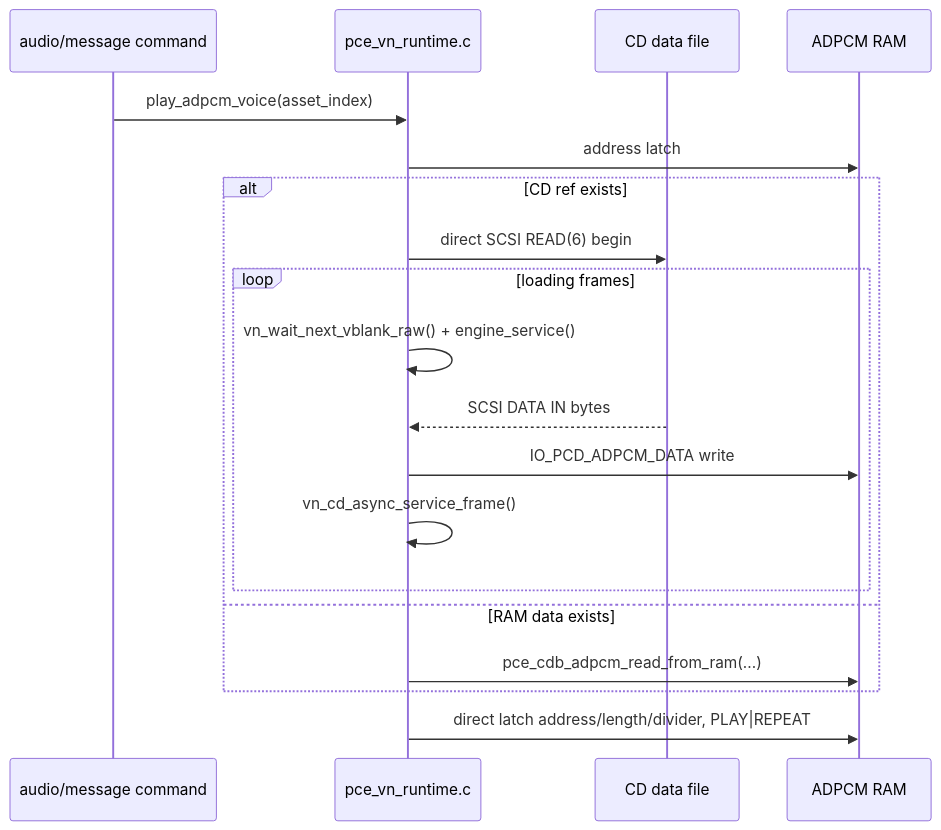
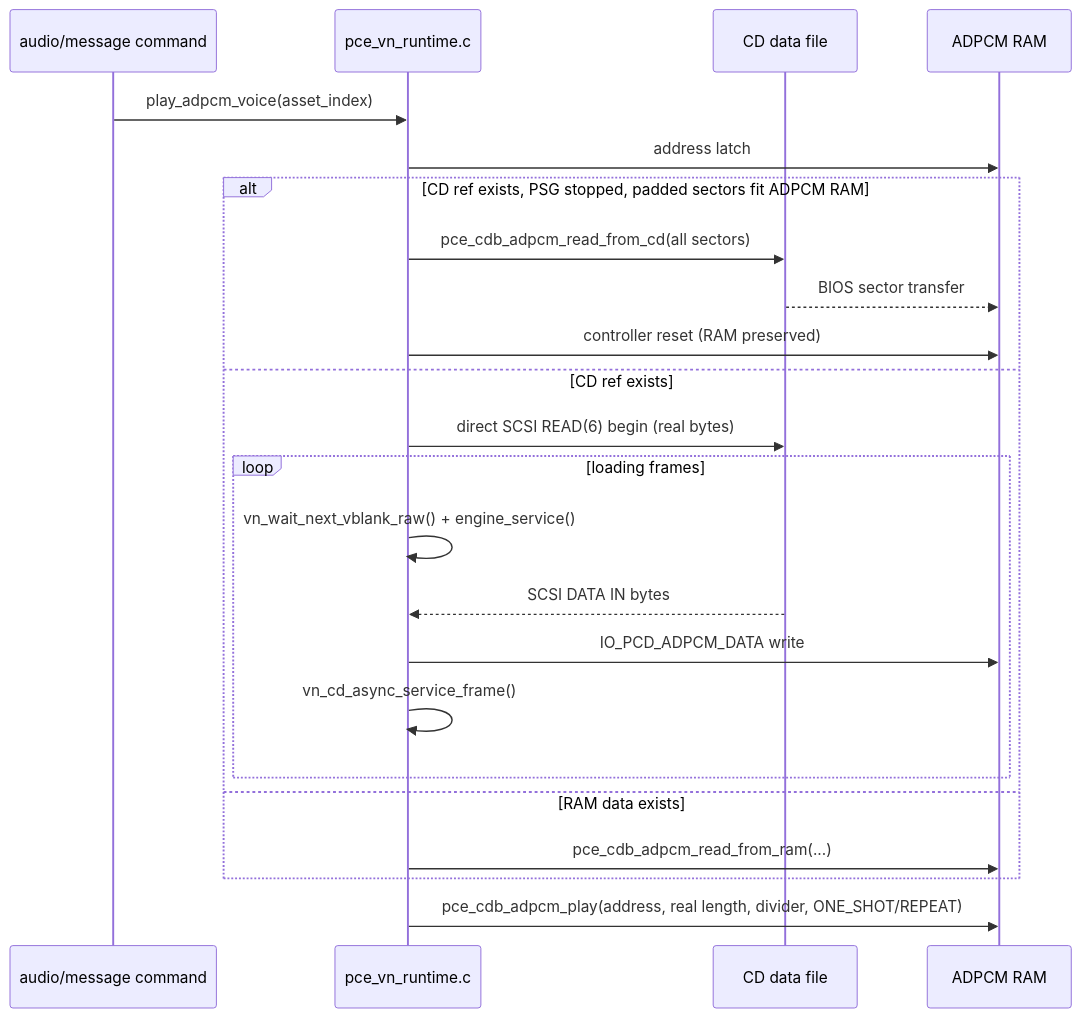
The fifth of 6 diagrams in docs/pce-media-programming-guide.md (HOSSIE-JP/pce-game-editor), drawn with Mermaid before and after one commit. The commit also changed other lines of this file and 34 other files, not shown here.

````diff
--- a/docs/pce-media-programming-guide.md
+++ b/docs/pce-media-programming-guide.md
@@ -767,21 +769,25 @@
 ```mermaid
 sequenceDiagram
   participant Scene as audio/message command
   participant RT as pce_vn_runtime.c
   participant CD as CD data file
   participant AD as ADPCM RAM
   Scene->>RT: play_adpcm_voice(asset_index)
   RT->>AD: address latch
-  alt CD ref exists
-    RT->>CD: direct SCSI READ(6) begin
+  alt CD ref exists, PSG stopped, padded sectors fit ADPCM RAM
+    RT->>CD: pce_cdb_adpcm_read_from_cd(all sectors)
+    CD-->>AD: BIOS sector transfer
+    RT->>AD: controller reset (RAM preserved)
+  else CD ref exists
+    RT->>CD: direct SCSI READ(6) begin (real bytes)
     loop loading frames
       RT->>RT: vn_wait_next_vblank_raw() + engine_service()
       CD-->>RT: SCSI DATA IN bytes
       RT->>AD: IO_PCD_ADPCM_DATA write
       RT->>RT: vn_cd_async_service_frame()
     end
   else RAM data exists
     RT->>AD: pce_cdb_adpcm_read_from_ram(...)
   end
-  RT->>AD: direct latch address/length/divider, PLAY|REPEAT
+  RT->>AD: pce_cdb_adpcm_play(address, real length, divider, ONE_SHOT/REPEAT)
 ```
````
